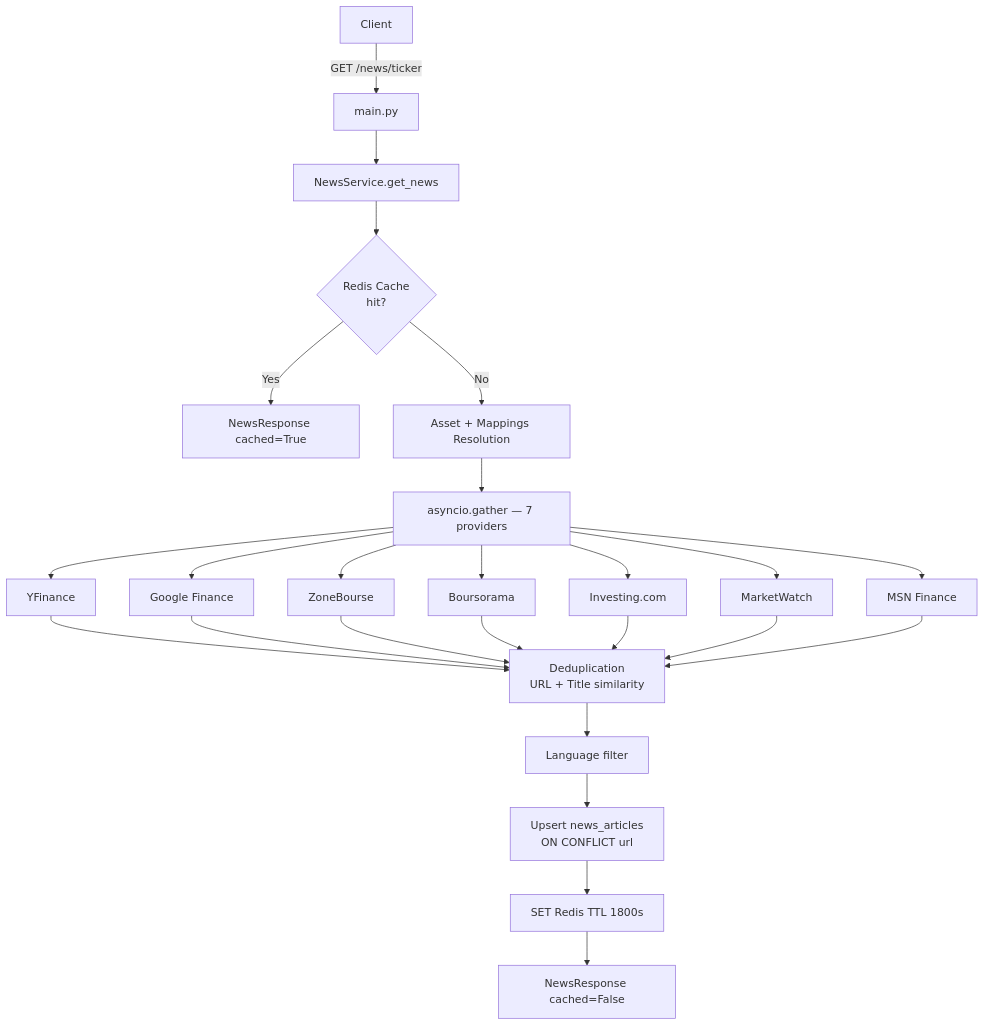
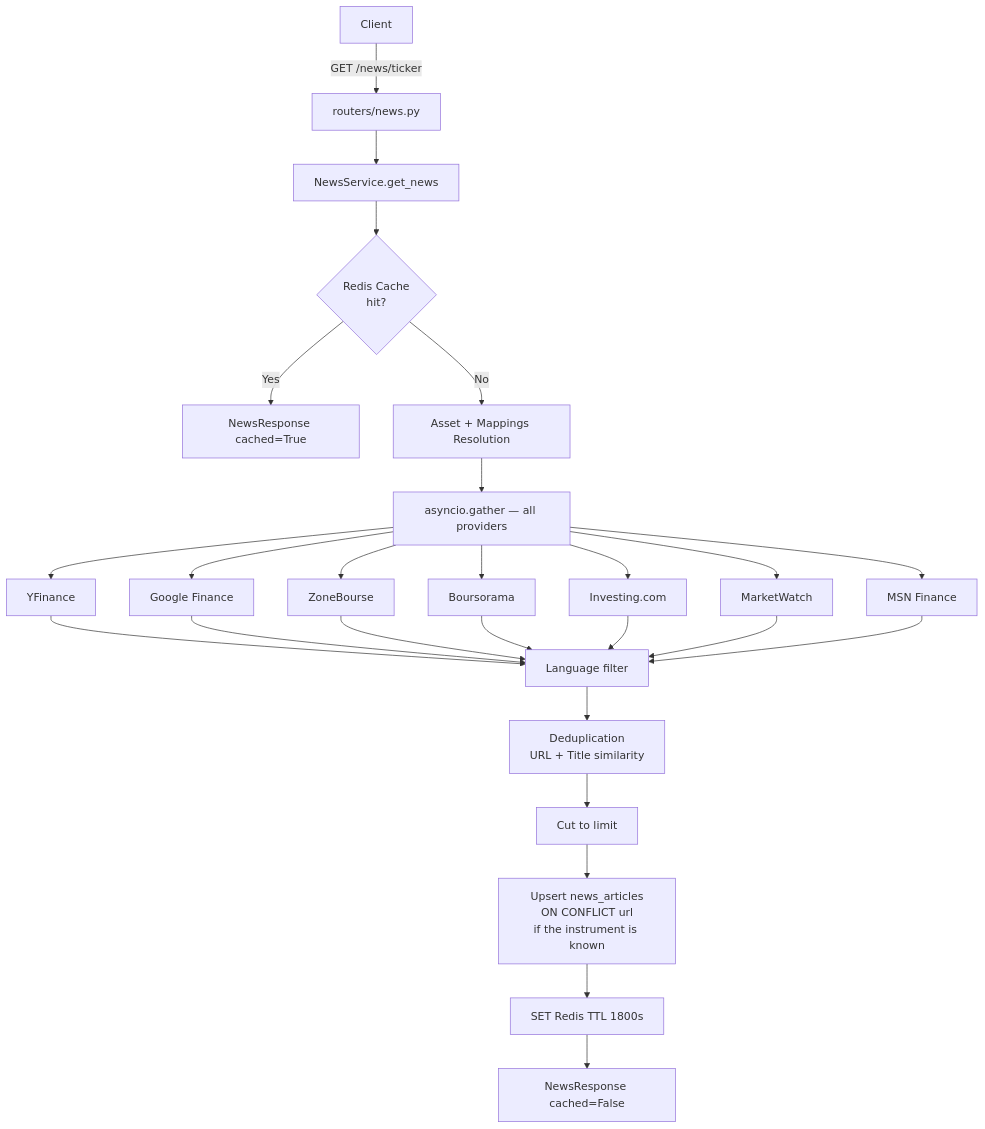
One commit to fonrex/fonrex changed the sixth of 10 diagrams in ARCHITECTURE.md. Above: the diagram before and after it, drawn with Mermaid. The commit also changed other lines of this file and 167 other files, not shown here.

````diff
--- a/ARCHITECTURE.md
+++ b/ARCHITECTURE.md
@@ -956,21 +1172,22 @@
 ```mermaid
 flowchart TD
-    Client -->|GET /news/ticker| API[main.py]
+    Client -->|GET /news/ticker| API[routers/news.py]
     API --> NS[NewsService.get_news]
     NS --> Cache{Redis Cache\nhit?}
     Cache -->|Yes| Response[NewsResponse cached=True]
     Cache -->|No| Resolve[Asset + Mappings Resolution]
-    Resolve --> Gather[asyncio.gather — 7 providers]
+    Resolve --> Gather[asyncio.gather — all providers]
     Gather --> P1[YFinance]
     Gather --> P2[Google Finance]
     Gather --> P3[ZoneBourse]
     Gather --> P4[Boursorama]
     Gather --> P5[Investing.com]
     Gather --> P6[MarketWatch]
     Gather --> P7[MSN Finance]
-    P1 & P2 & P3 & P4 & P5 & P6 & P7 --> Dedup[Deduplication\nURL + Title similarity]
-    Dedup --> LangFilter[Language filter]
-    LangFilter --> Upsert[Upsert news_articles\nON CONFLICT url]
+    P1 & P2 & P3 & P4 & P5 & P6 & P7 --> LangFilter[Language filter]
+    LangFilter --> Dedup[Deduplication\nURL + Title similarity]
+    Dedup --> Cut[Cut to limit]
+    Cut --> Upsert[Upsert news_articles\nON CONFLICT url\nif the instrument is known]
     Upsert --> SetCache[SET Redis TTL 1800s]
     SetCache --> Response2[NewsResponse cached=False]
 ```
````
